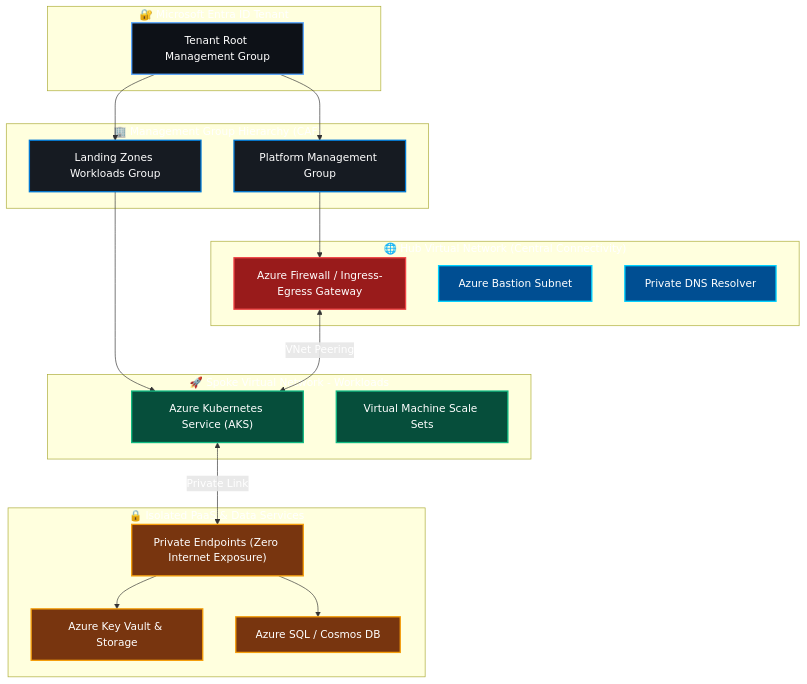
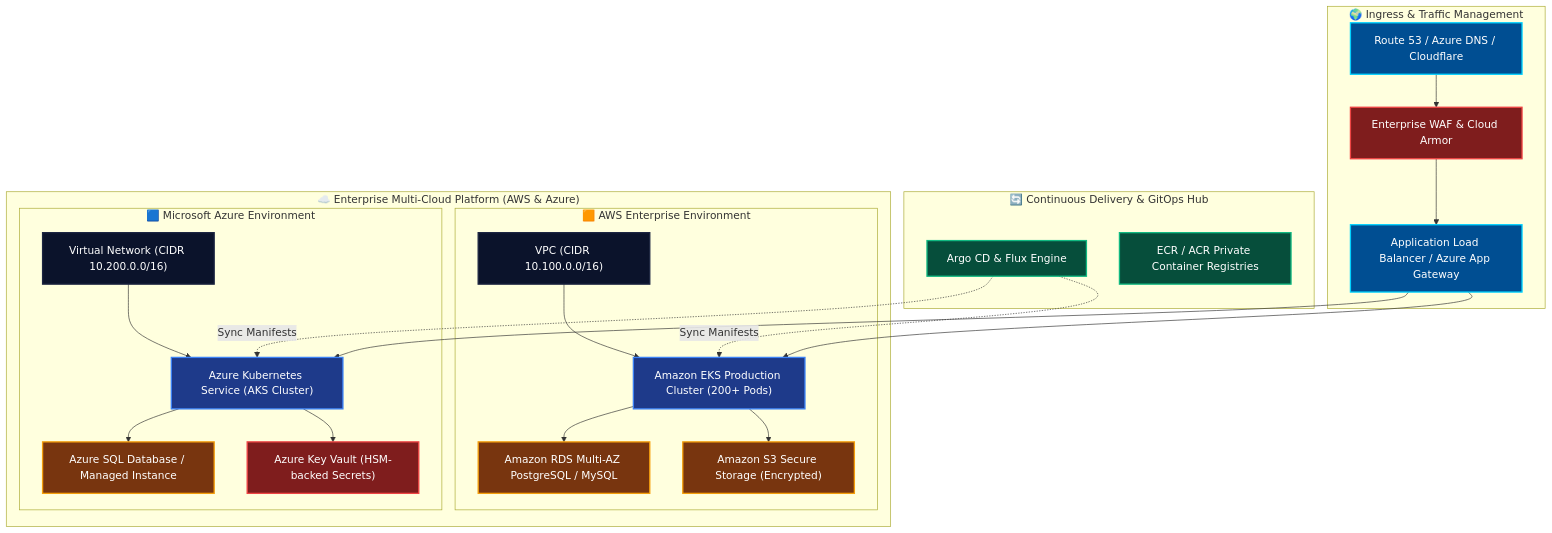
The first of 3 diagrams in README.md (AnilLatta/AnilLatta), drawn with Mermaid before and after one commit. The commit also changed other lines of this file, not shown here.

````diff
--- a/README.md
+++ b/README.md
@@ -92,44 +109,48 @@
 ```mermaid
 flowchart TD
-    classDef root fill:#0D1117,stroke:#58A6FF,stroke-width:2px,color:#fff;
-    classDef mg fill:#161B22,stroke:#0078D4,stroke-width:2px,color:#fff;
+    classDef cloud fill:#0B132B,stroke:#1C2541,stroke-width:2px,color:#fff;
     classDef hub fill:#004E92,stroke:#00D2FF,stroke-width:2px,color:#fff;
-    classDef fw fill:#991B1B,stroke:#EF4444,stroke-width:2px,color:#fff;
-    classDef spoke fill:#064E3B,stroke:#10B981,stroke-width:2px,color:#fff;
-    classDef paas fill:#78350F,stroke:#F59E0B,stroke-width:2px,color:#fff;
+    classDef k8s fill:#1E3A8A,stroke:#3B82F6,stroke-width:2px,color:#fff;
+    classDef sec fill:#7F1D1D,stroke:#EF4444,stroke-width:2px,color:#fff;
+    classDef data fill:#78350F,stroke:#F59E0B,stroke-width:2px,color:#fff;
+    classDef gitops fill:#064E3B,stroke:#10B981,stroke-width:2px,color:#fff;
 
-    subgraph EntraID[" 🔐 Microsoft Entra ID Tenant "]
-        TRG["Tenant Root Management Group"]:::root
+    subgraph UserAccess[" 🌍 Ingress & Traffic Management "]
+        DNS["Route 53 / Azure DNS / Cloudflare"]:::hub
+        WAF["Enterprise WAF & Cloud Armor"]:::sec
+        LB["Application Load Balancer / Azure App Gateway"]:::hub
+        DNS --> WAF --> LB
     end
 
-    subgraph MG[" 🏢 Management Group Hierarchy (CAF) "]
-        PMG["Platform Management Group"]:::mg
-        LMG["Landing Zones Workloads Group"]:::mg
-        TRG --> PMG
-        TRG --> LMG
+    subgraph MultiCloud[" ☁️ Enterprise Multi-Cloud Platform (AWS & Azure) "]
+        subgraph AWSPlatform[" 🟧 AWS Enterprise Environment "]
+            VPC["VPC (CIDR 10.100.0.0/16)"]:::cloud
+            EKS["Amazon EKS Production Cluster (200+ Pods)"]:::k8s
+            RDS["Amazon RDS Multi-AZ PostgreSQL / MySQL"]:::data
+            S3["Amazon S3 Secure Storage (Encrypted)"]:::data
+            VPC --> EKS
+            EKS --> RDS
+            EKS --> S3
+        end
+
+        subgraph AzurePlatform[" 🟦 Microsoft Azure Environment "]
+            VNet["Virtual Network (CIDR 10.200.0.0/16)"]:::cloud
+            AKS["Azure Kubernetes Service (AKS Cluster)"]:::k8s
+            SQL["Azure SQL Database / Managed Instance"]:::data
+            KV["Azure Key Vault (HSM-backed Secrets)"]:::sec
+            VNet --> AKS
+            AKS --> SQL
+            AKS --> KV
+        end
     end
 
-    subgraph HubVNet[" 🌐 Hub Virtual Network (Central Connectivity) "]
-        AFW["Azure Firewall / Ingress-Egress Gateway"]:::fw
-        BAST["Azure Bastion Subnet"]:::hub
-        DNS["Private DNS Resolver"]:::hub
-        PMG --> AFW
+    subgraph GitOpsHub[" 🔄 Continuous Delivery & GitOps Hub "]
+        Argo["Argo CD & Flux Engine"]:::gitops
+        Registry["ECR / ACR Private Container Registries"]:::gitops
+        Argo -.->|"Sync Manifests"| EKS
+        Argo -.->|"Sync Manifests"| AKS
     end
 
-    subgraph SpokeApp[" 🚀 Spoke Virtual Network - Workloads "]
-        AKS["Azure Kubernetes Service (AKS)"]:::spoke
-        VMSS["Virtual Machine Scale Sets"]:::spoke
-        LMG --> AKS
-    end
-
-    subgraph SpokeData[" 🔒 Isolated PaaS & Data Services "]
-        PE["Private Endpoints (Zero Internet Exposure)"]:::paas
-        KV["Azure Key Vault & Storage"]:::paas
-        SQL["Azure SQL / Cosmos DB"]:::paas
-        PE --> KV
-        PE --> SQL
-    end
-
-    AFW <-->|"VNet Peering"| AKS
-    AKS <-->|"Private Link"| PE
+    LB --> EKS
+    LB --> AKS
 ```
````
